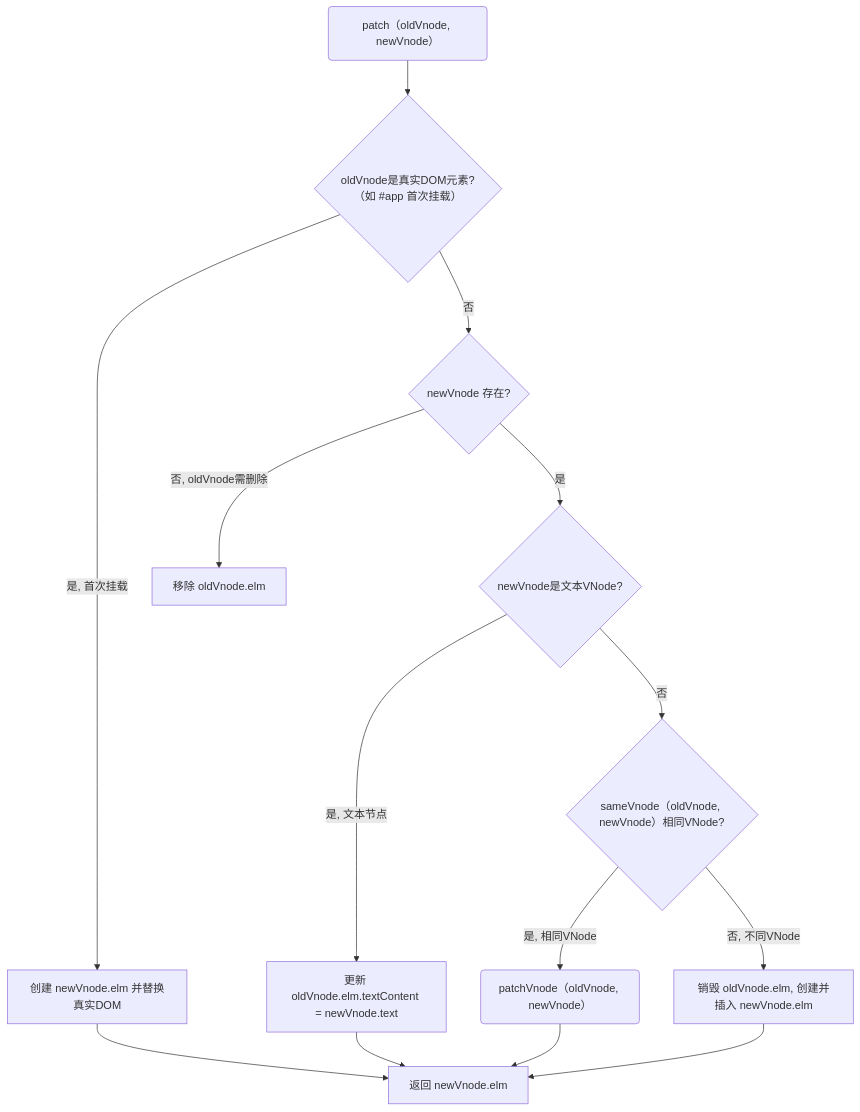
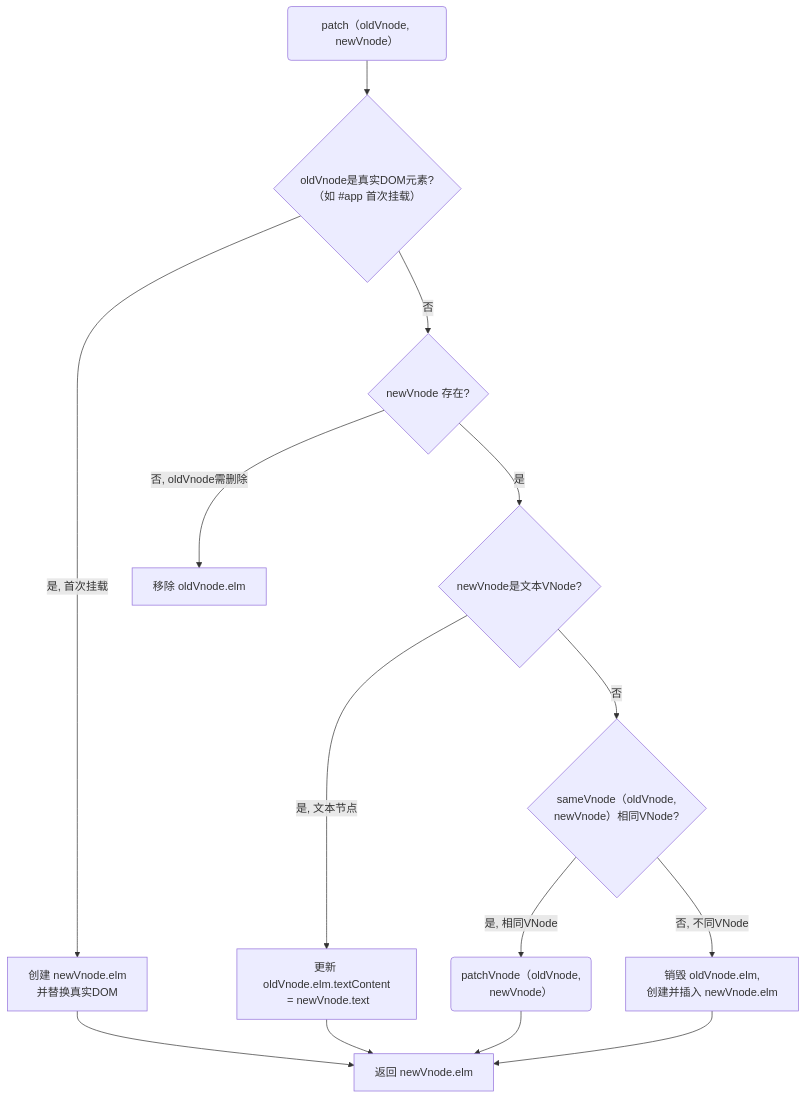
Before and after one commit to teatang/t-blog: the second of 4 diagrams in source/_posts/2023/2023-11-15_深入理解虚拟 DOM 与 Vue 核心补丁机制：patch(), patchVnode(), updateChildren().md, drawn with Mermaid. The commit also changed other lines of this file and 4 other files, not shown here.

```diff
--- a/source/_posts/2023/2023-11-15_深入理解虚拟 DOM 与 Vue 核心补丁机制：patch(), patchVnode(), updateChildren().md
+++ b/source/_posts/2023/2023-11-15_深入理解虚拟 DOM 与 Vue 核心补丁机制：patch(), patchVnode(), updateChildren().md
@@ -58,16 +58,16 @@
 {% mermaid %}
 graph TD
     start("patch（oldVnode, newVnode）") --> A{oldVnode是真实DOM元素?<br>（如 #app 首次挂载）};
-    A -- 是, 首次挂载 --> B[创建 newVnode.elm 并替换真实DOM];
+    A -- 是, 首次挂载 --> B[创建 newVnode.elm <br>并替换真实DOM];
     A -- 否 --> C{newVnode 存在?};
     C -- 否, oldVnode需删除 --> D[移除 oldVnode.elm];
     C -- 是 --> E{newVnode是文本VNode?};
-    E -- 是, 文本节点 --> F[更新 oldVnode.elm.textContent = newVnode.text];
-    E -- 否 --> G{sameVnode（oldVnode, newVnode）相同VNode?};
-    G -- 是, 相同VNode --> H(patchVnode（oldVnode, newVnode）);
-    G -- 否, 不同VNode --> I[销毁 oldVnode.elm, 创建并插入 newVnode.elm];
+    E -- 是, 文本节点 --> F[更新 oldVnode.elm.textContent<br> = newVnode.text];
+    E -- 否 --> G{sameVnode（oldVnode, <br>newVnode）相同VNode?};
+    G -- 是, 相同VNode --> H(patchVnode（oldVnode, <br>newVnode）);
+    G -- 否, 不同VNode --> I[销毁 oldVnode.elm, <br>创建并插入 newVnode.elm];
     B --> K[返回 newVnode.elm];
     F --> K;
     H --> K;
     I --> K;
 {% endmermaid %}
```
